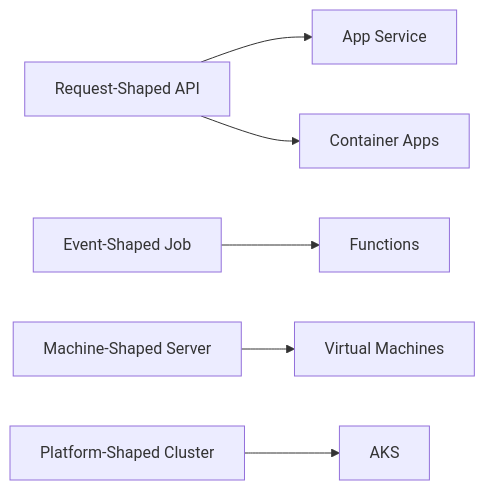
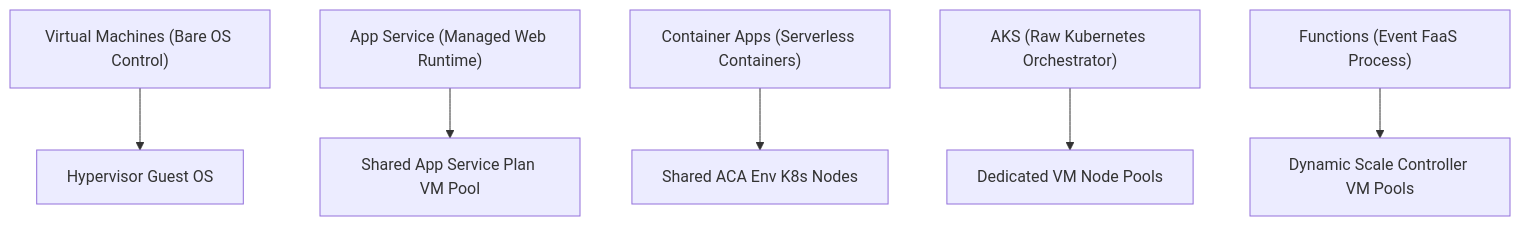
One commit to senlinyy/dev-roadmaps changed the diagram in cloud-providers/azure/compute-application-hosting/what-is-compute.md. Above: the diagram before and after it, drawn with Mermaid. The commit also changed other lines of this file and 343 other files, not shown here.

````diff
--- a/cloud-providers/azure/compute-application-hosting/what-is-compute.md
+++ b/cloud-providers/azure/compute-application-hosting/what-is-compute.md
@@ -78,8 +50,8 @@
 ```mermaid
-flowchart LR
-    Web["Request-Shaped API"] --> AS["App Service"]
-    Web --> ACA["Container Apps"]
-    Event["Event-Shaped Job"] --> Func["Functions"]
-    Machine["Machine-Shaped Server"] --> VM["Virtual Machines"]
-    Kube["Platform-Shaped Cluster"] --> AKS["AKS"]
+flowchart TD
+    VM["Virtual Machines (Bare OS Control)"] --> VMHost["Hypervisor Guest OS"]
+    AppService["App Service (Managed Web Runtime)"] --> ASHost["Shared App Service Plan VM Pool"]
+    ACA["Container Apps (Serverless Containers)"] --> ACAHost["Shared ACA Env K8s Nodes"]
+    AKS["AKS (Raw Kubernetes Orchestrator)"] --> AKSHost["Dedicated VM Node Pools"]
+    Func["Functions (Event FaaS Process)"] --> FuncHost["Dynamic Scale Controller VM Pools"]
 ```
````
